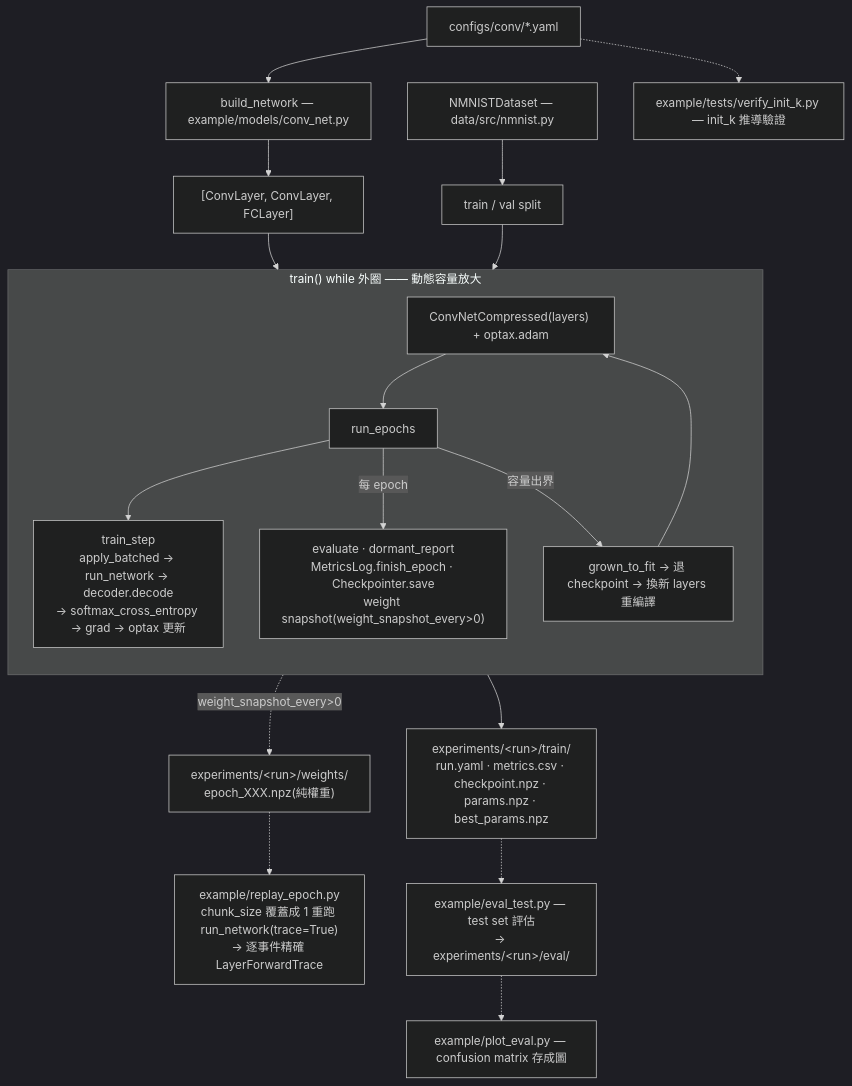
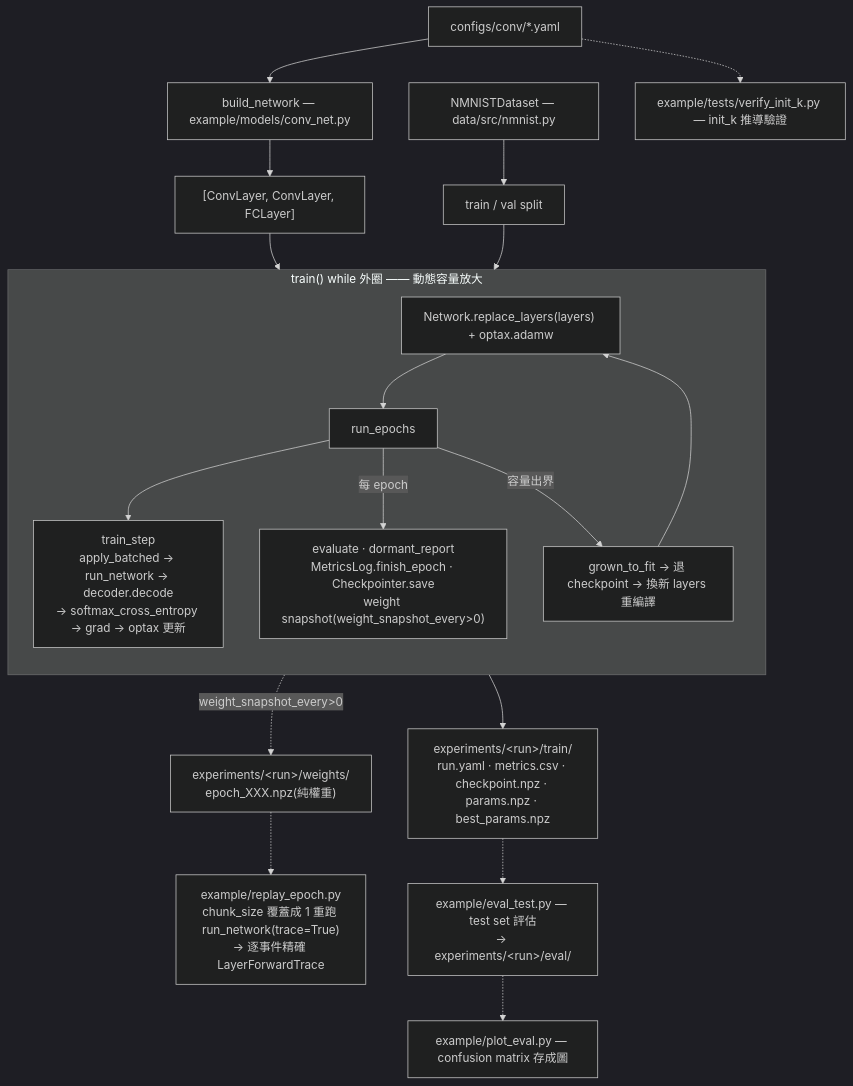
The second of 2 diagrams in docs/架構.md (Salt-Shio/Spiking-Affine-Lazy-Training), drawn with Mermaid (dark theme) before and after one commit. The commit also changed other lines of this file and 35 other files, not shown here.

````diff
--- a/docs/架構.md
+++ b/docs/架構.md
@@ -94,24 +95,24 @@
 ```mermaid
 flowchart TD
     CFG["configs/conv/*.yaml"] --> BN["build_network — example/models/conv_net.py"]
     BN --> LAYERS["[ConvLayer, ConvLayer, FCLayer]"]
     DS["NMNISTDataset — data/src/nmnist.py"] --> SPLIT["train / val split"]
 
     LAYERS --> WHILE
     SPLIT --> WHILE
     subgraph WHILE["train() while 外圈 —— 動態容量放大"]
         direction TB
-        NET["ConvNetCompressed(layers) + optax.adam"] --> RE["run_epochs"]
+        NET["Network.replace_layers(layers) + optax.adamw"] --> RE["run_epochs"]
         RE --> TS["train_step<br/>apply_batched → run_network → decoder.decode<br/>→ softmax_cross_entropy → grad → optax 更新"]
         RE -->|"每 epoch"| PE["evaluate · dormant_report<br/>MetricsLog.finish_epoch · Checkpointer.save<br/>weight snapshot(weight_snapshot_every>0)"]
         RE -->|"容量出界"| GROW["grown_to_fit → 退 checkpoint → 換新 layers 重編譯"]
         GROW --> NET
     end
     WHILE --> OUT["experiments/&lt;run&gt;/train/<br/>run.yaml · metrics.csv · checkpoint.npz · params.npz · best_params.npz"]
     WHILE -.->|"weight_snapshot_every>0"| WOUT["experiments/&lt;run&gt;/weights/<br/>epoch_XXX.npz(純權重)"]
     WOUT -.-> REPLAY["example/replay_epoch.py<br/>chunk_size 覆蓋成 1 重跑 run_network(trace=True)<br/>→ 逐事件精確 LayerForwardTrace"]
 
     OUT -.-> EVAL["example/eval_test.py — test set 評估<br/>→ experiments/&lt;run&gt;/eval/"]
     EVAL -.-> PLOT["example/plot_eval.py — confusion matrix 存成圖"]
     CFG -.-> VER["example/tests/verify_init_k.py — init_k 推導驗證"]
 ```
````
